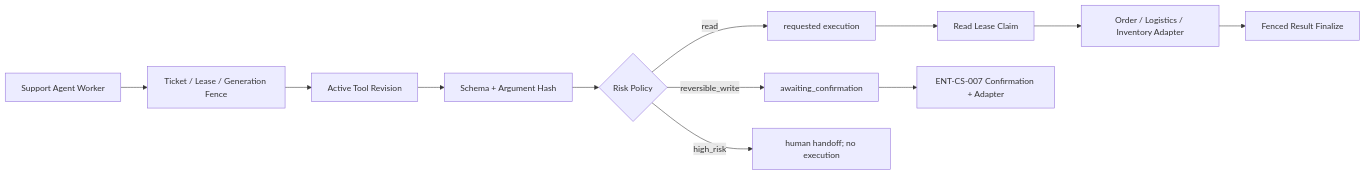
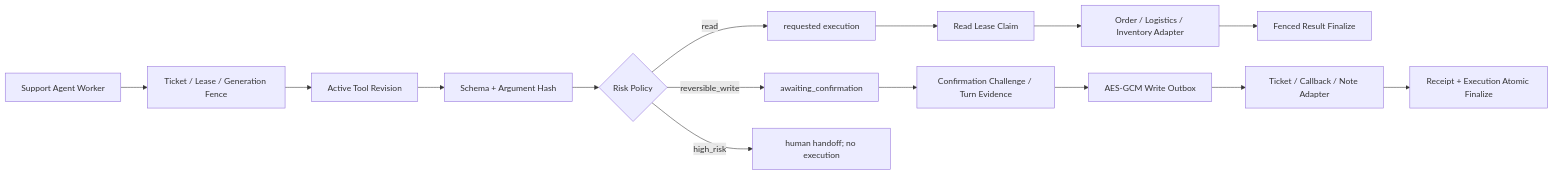
Before and after one commit to xutianliang77-create/ai-phone: the sixth of 6 diagrams in docs/enterprise-edition-technical-architecture.md, drawn with Mermaid. The commit also changed other lines of this file and 29 other files, not shown here.

Commit message:
feat(enterprise): implement ENT-CS-007 write tools

````diff
--- a/docs/enterprise-edition-technical-architecture.md
+++ b/docs/enterprise-edition-technical-architecture.md
@@ -439,14 +439,17 @@
 ```mermaid
 flowchart LR
     Worker["Support Agent Worker"] --> Ticket["Ticket / Lease / Generation Fence"]
     Ticket --> Registry["Active Tool Revision"]
     Registry --> Schema["Schema + Argument Hash"]
     Schema --> Risk{"Risk Policy"}
     Risk -->|read| Requested["requested execution"]
     Risk -->|reversible_write| Confirm["awaiting_confirmation"]
     Risk -->|high_risk| Handoff["human handoff; no execution"]
     Requested --> Claim["Read Lease Claim"]
     Claim --> ReadAdapter["Order / Logistics / Inventory Adapter"]
     ReadAdapter --> Finalize["Fenced Result Finalize"]
-    Confirm --> FutureWrite["ENT-CS-007 Confirmation + Adapter"]
+    Confirm --> Challenge["Confirmation Challenge / Turn Evidence"]
+    Challenge --> EncryptedOutbox["AES-GCM Write Outbox"]
+    EncryptedOutbox --> WriteAdapter["Ticket / Callback / Note Adapter"]
+    WriteAdapter --> WriteFinalize["Receipt + Execution Atomic Finalize"]
 ```
````
